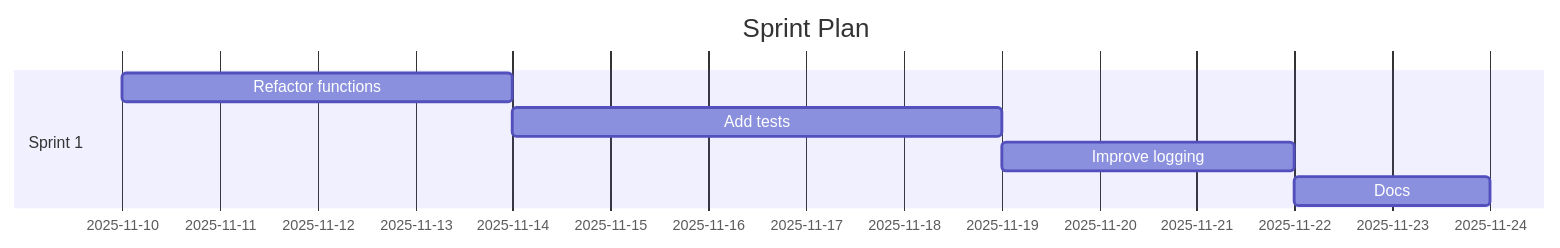
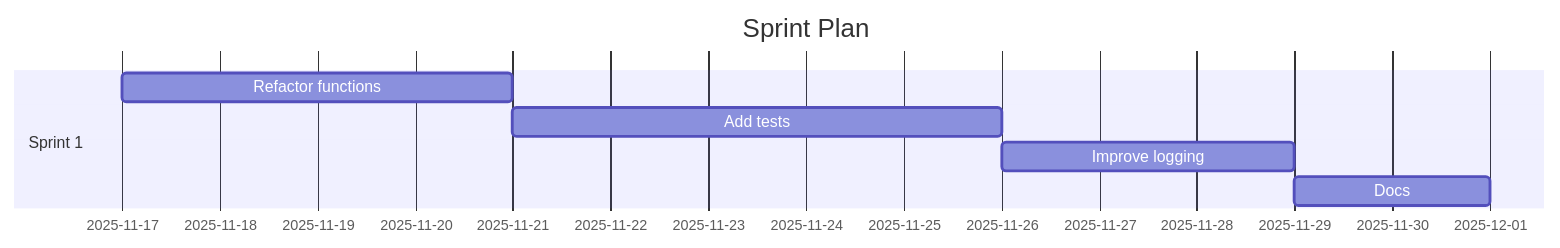
Before and after one commit to Anselmoo/mcp-ai-agent-guidelines: the diagram in demos/demo-code-analysis.sprint.md, drawn with Mermaid. The commit also changed other lines of this file and 20 other files, not shown here.

````diff
--- a/demos/demo-code-analysis.sprint.md
+++ b/demos/demo-code-analysis.sprint.md
@@ -59,11 +59,11 @@
 ```mermaid
 gantt
 	dateFormat  YYYY-MM-DD
 	title Sprint Plan
 %% Accessibility: Title=Project Sprint Plan; Description=Gantt chart of sprints and tasks over time. %%
   section Sprint 1
-  Refactor functions :s1t0, 2025-11-10, 4d
-  Add tests :s1t1, 2025-11-14, 5d
-  Improve logging :s1t2, 2025-11-19, 3d
-  Docs :s1t3, 2025-11-22, 2d
+  Refactor functions :s1t0, 2025-11-17, 4d
+  Add tests :s1t1, 2025-11-21, 5d
+  Improve logging :s1t2, 2025-11-26, 3d
+  Docs :s1t3, 2025-11-29, 2d
 ```
````
